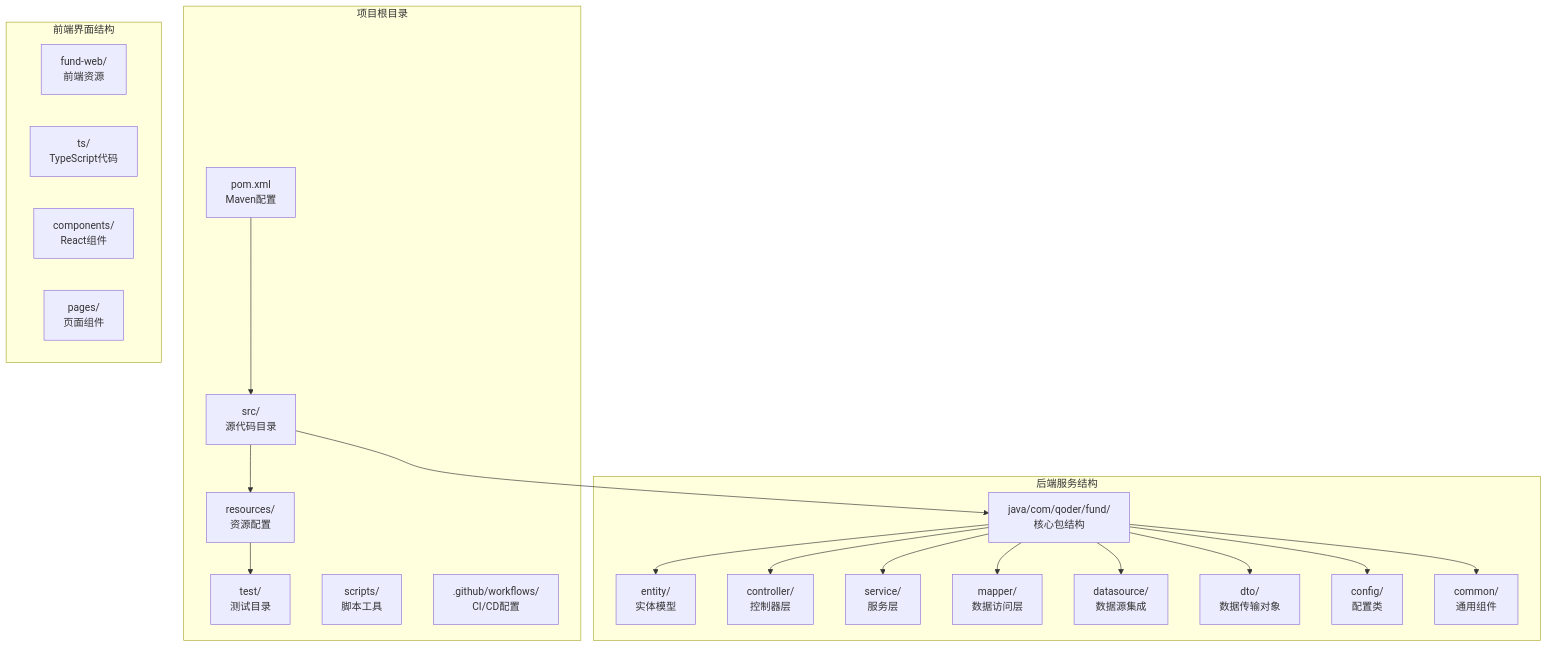
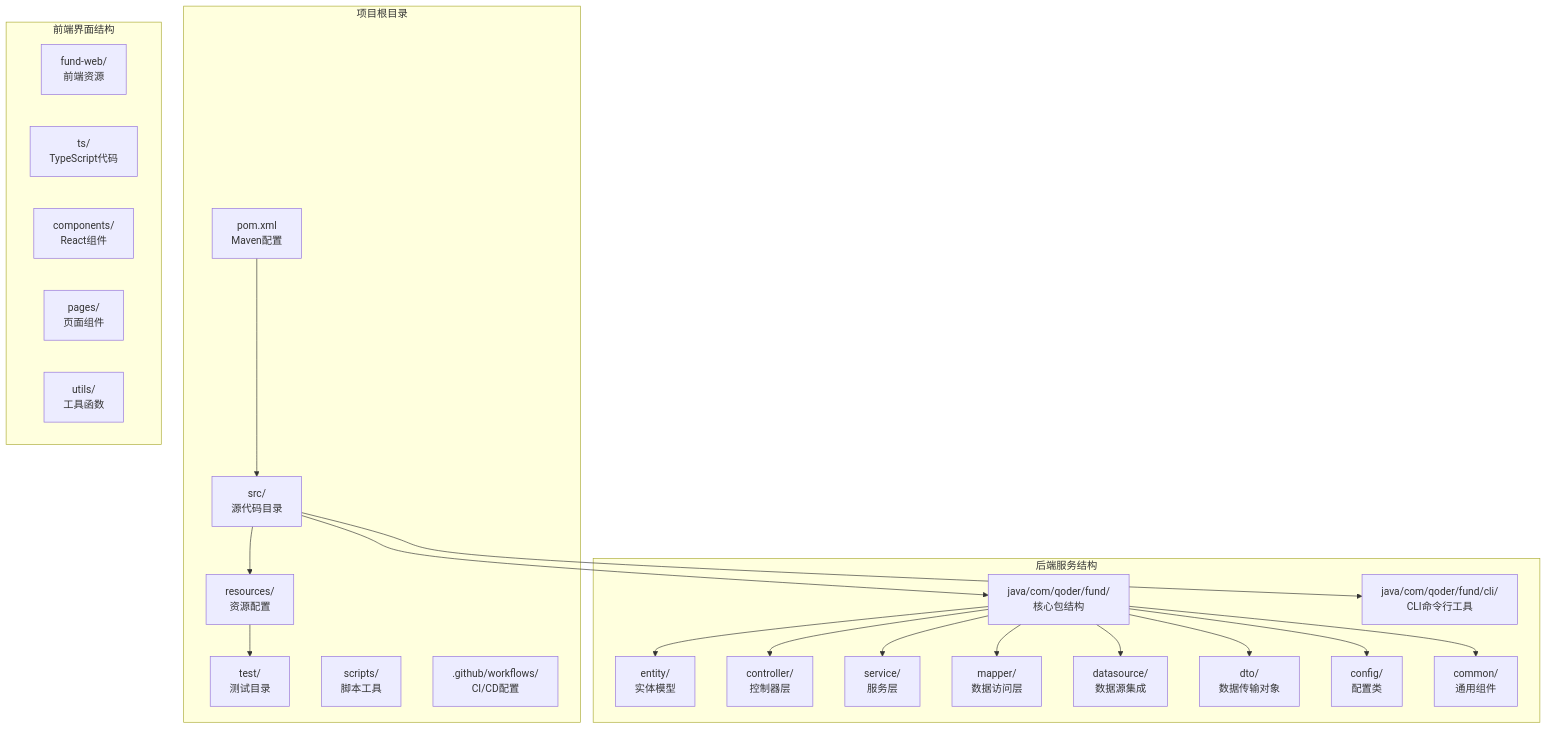
One commit to gree-coder/fund-butler changed the first of 27 diagrams in .qoder/repowiki/zh/content/核心功能开发/核心功能开发.md. Above: the diagram before and after it, drawn with Mermaid. The commit also changed other lines of this file and 3 other files, not shown here.

````diff
--- a/.qoder/repowiki/zh/content/核心功能开发/核心功能开发.md
+++ b/.qoder/repowiki/zh/content/核心功能开发/核心功能开发.md
@@ -101,40 +115,43 @@
 ```mermaid
 graph TB
 subgraph "项目根目录"
 POM[pom.xml<br/>Maven配置]
 SRC[src/<br/>源代码目录]
 RES[resources/<br/>资源配置]
 TEST[test/<br/>测试目录]
 SCRIPTS[scripts/<br/>脚本工具]
 GITHUB[.github/workflows/<br/>CI/CD配置]
 end
 subgraph "后端服务结构"
 JAVA[java/com/qoder/fund/<br/>核心包结构]
+CLI[java/com/qoder/fund/cli/<br/>CLI命令行工具]
 ENTITY[entity/<br/>实体模型]
 CONTROLLER[controller/<br/>控制器层]
 SERVICE[service/<br/>服务层]
 MAPPER[mapper/<br/>数据访问层]
 DATASOURCE[datasource/<br/>数据源集成]
 DTO[dto/<br/>数据传输对象]
 CONFIG[config/<br/>配置类]
 COMMON[common/<br/>通用组件]
 end
 subgraph "前端界面结构"
 WEB[fund-web/<br/>前端资源]
 TS[ts/<br/>TypeScript代码]
 COMPONENTS[components/<br/>React组件]
 PAGES[pages/<br/>页面组件]
+UTILS[utils/<br/>工具函数]
 end
 POM --> SRC
 SRC --> JAVA
+SRC --> CLI
 SRC --> RES
 JAVA --> ENTITY
 JAVA --> CONTROLLER
 JAVA --> SERVICE
 JAVA --> MAPPER
 JAVA --> DATASOURCE
 JAVA --> DTO
 JAVA --> CONFIG
 JAVA --> COMMON
 RES --> TEST
 ```
````
